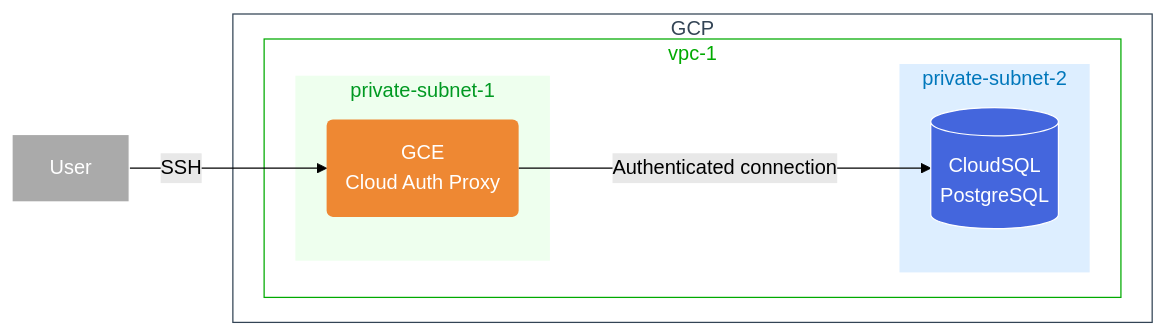
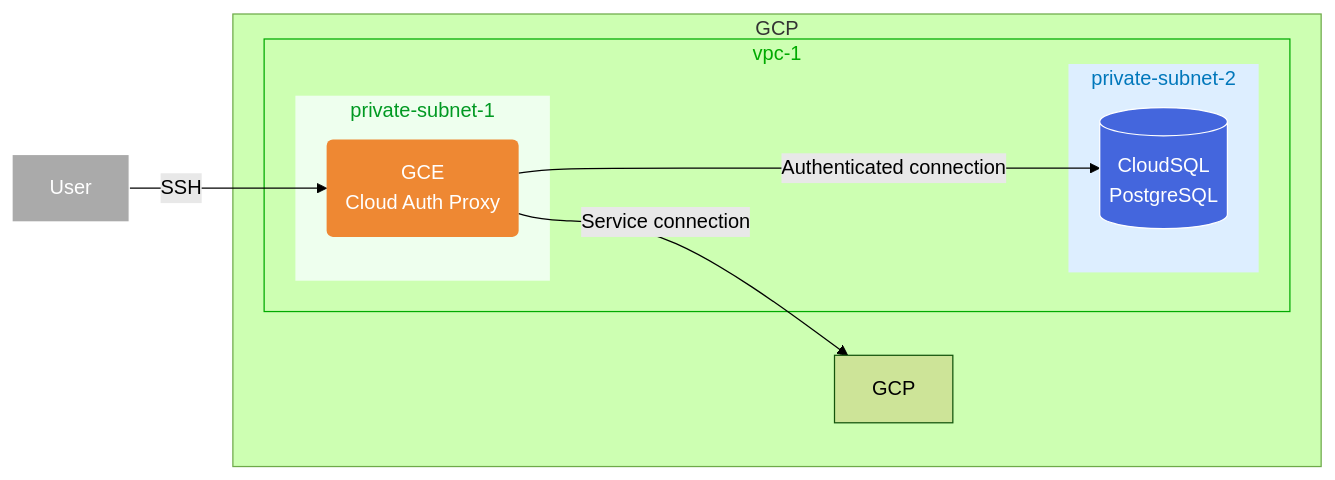
Before and after one commit to daylight55/terraform-gcp-example: the diagram in README.md, drawn with Mermaid (forest theme). The commit also changed other lines of this file, not shown here.

Commit message:
docs: ✏️ 権限修正

````diff
--- a/README.md
+++ b/README.md
@@ -7,52 +7,57 @@
 ```mermaid
 flowchart LR
 
 %%外部要素のUser
 OU1[User]
 
 %%グループとサービス
+subgraph GC[GCP]
+  OU2[GCP<br>]
+end
+
 subgraph GC[GCP]
   subgraph GV[vpc-1]
     subgraph GS1[private-subnet-1]
       CP1("GCE<br>Cloud Auth Proxy")
     end
     subgraph GS2[private-subnet-2]
       DB1[("CloudSQL<br>PostgreSQL")]
     end
   end
 end
 
 %%サービス同士の関係
 OU1 --"SSH"--> CP1
+CP1 --"Service connection"--> OU2
 CP1 --"Authenticated connection"---> DB1
 
 %%グループのスタイル
 classDef SGC fill:none,color:#345,stroke:#345
 class GC SGC
 
 classDef SGV fill:none,color:#0a0,stroke:#0a0
 class GV SGV
 
 classDef SGPrS fill:#def,color:#07b,stroke:none
 class GS2 SGPrS
 
 classDef SGPuS fill:#efe,color:#092,stroke:none
 class GS1 SGPuS
 
 %%サービスのスタイル
 classDef SOU fill:#aaa,color:#fff,stroke:#fff
 class OU1 SOU
 
 classDef SNW fill:#84d,color:#fff,stroke:none
 class NW1 SNW
 
 classDef SCP fill:#e83,color:#fff,stroke:none
 class CP1 SCP
 
 classDef SDB fill:#46d,color:#fff,stroke:#fff
 class DB1 SDB
 
 classDef SST fill:#493,color:#fff,stroke:#fff
 class ST1 SST
 
 ```
````
